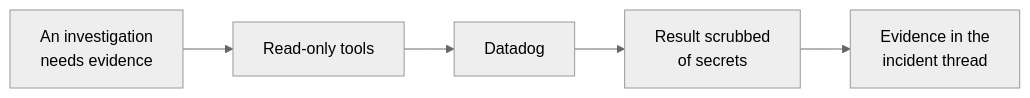
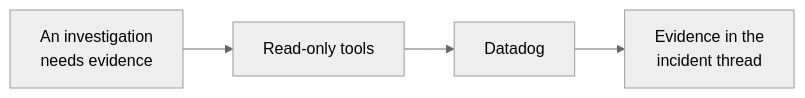
One commit to chrisleekr/sre-platform changed the diagram in docs/connectors/datadog.md. Above: the diagram before and after it, drawn with Mermaid (neutral theme). The commit also changed other lines of this file and 73 other files, not shown here.

````diff
--- a/docs/connectors/datadog.md
+++ b/docs/connectors/datadog.md
@@ -12,7 +12,6 @@
 ```mermaid
 flowchart LR
     Inc["An investigation<br/>needs evidence"] --> Tools["Read-only tools"]
     Tools --> Dog["Datadog"]
-    Dog --> Scrub["Result scrubbed<br/>of secrets"]
-    Scrub --> Thread["Evidence in the<br/>incident thread"]
+    Dog --> Thread["Evidence in the<br/>incident thread"]
 ```
````
